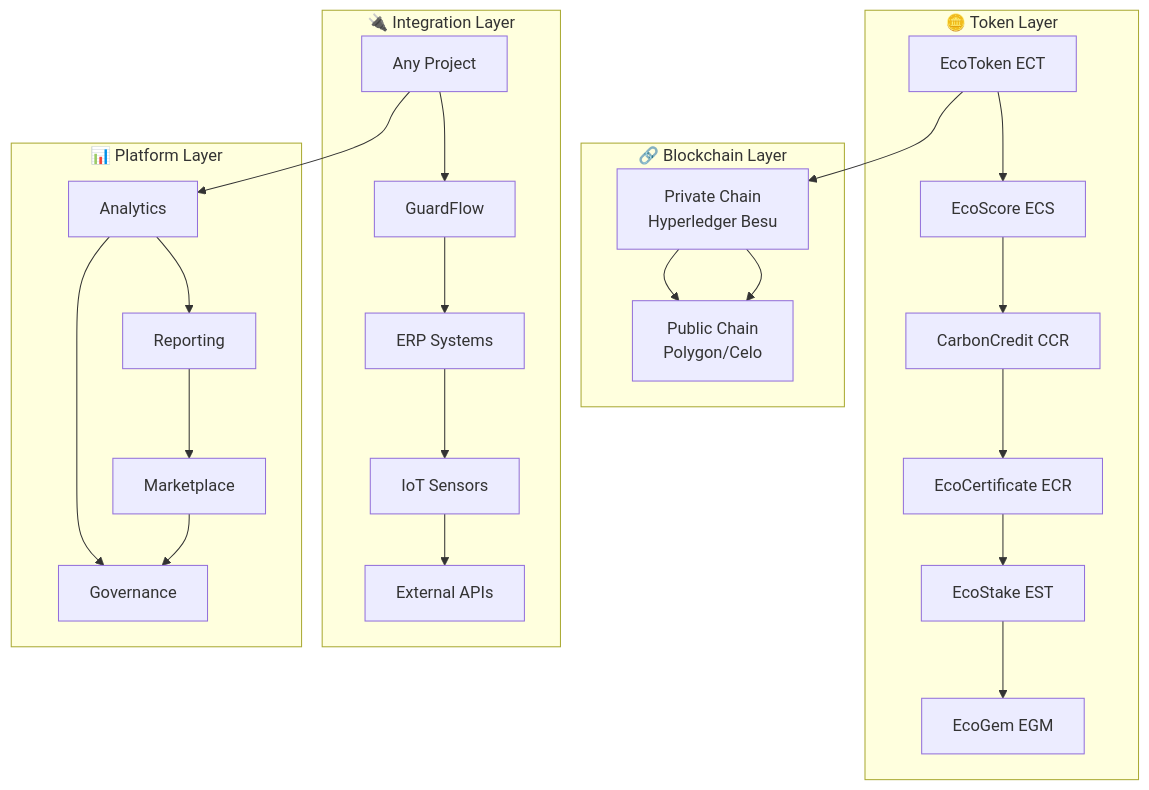
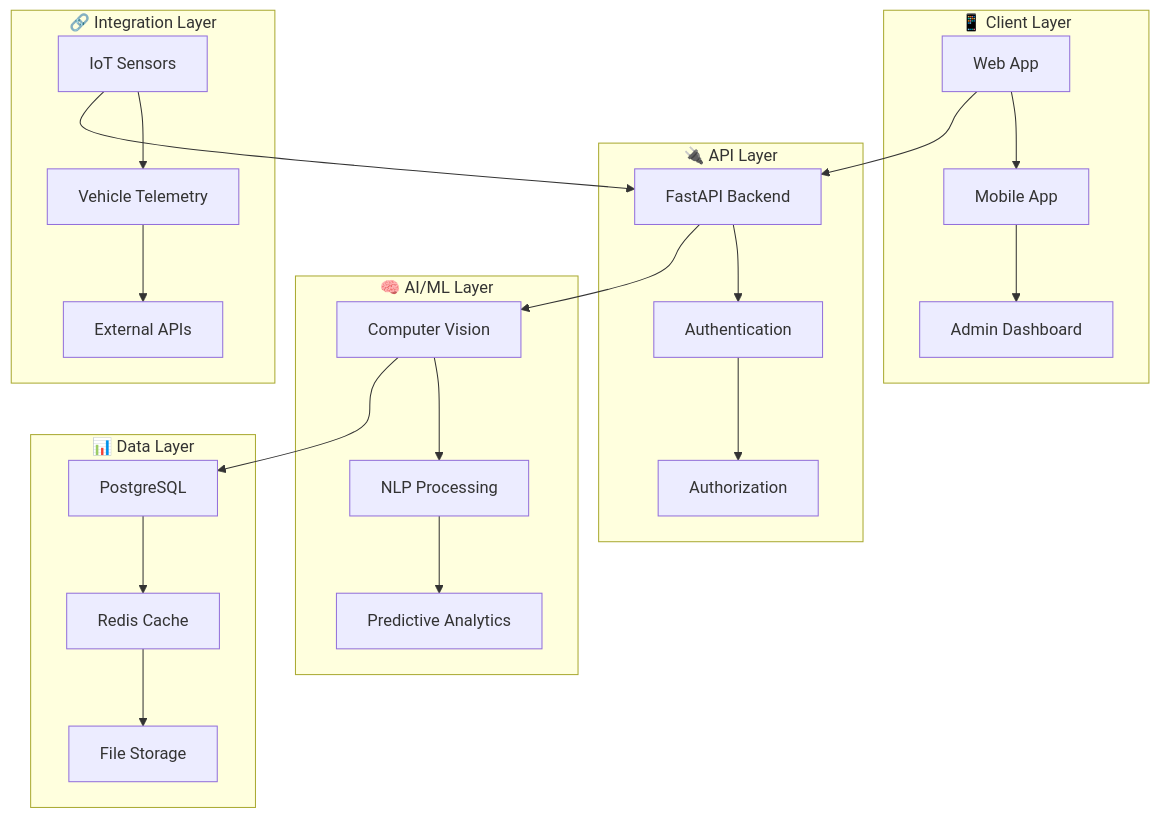
One commit to guardflow-core/guardflow changed the diagram in README.md. Above: the diagram before and after it, drawn with Mermaid. The commit also changed other lines of this file, not shown here.

First line of the commit message:
🛡️ Fix GuardFlow README - Restore correct content

````diff
--- a/README.md
+++ b/README.md
@@ -33,32 +34,32 @@
 ```mermaid
 graph TB
-    subgraph "🪙 Token Layer"
-        A[EcoToken ECT] --> B[EcoScore ECS]
-        B --> C[CarbonCredit CCR]
-        C --> D[EcoCertificate ECR]
-        D --> E[EcoStake EST]
-        E --> F[EcoGem EGM]
+    subgraph "📱 Client Layer"
+        A[Web App] --> B[Mobile App]
+        B --> C[Admin Dashboard]
     end
     
-    subgraph "🔗 Blockchain Layer"
-        G[Private Chain<br/>Hyperledger Besu] --> H[Public Chain<br/>Polygon/Celo]
+    subgraph "🔌 API Layer"
+        D[FastAPI Backend] --> E[Authentication]
+        E --> F[Authorization]
     end
     
-    subgraph "🔌 Integration Layer"
-        I[Any Project] --> J[GuardFlow]
-        J --> K[ERP Systems]
-        K --> L[IoT Sensors]
-        L --> M[External APIs]
+    subgraph "🧠 AI/ML Layer"
+        G[Computer Vision] --> H[NLP Processing]
+        H --> I[Predictive Analytics]
     end
     
-    subgraph "📊 Platform Layer"
-        N[Analytics] --> O[Reporting]
-        O --> P[Marketplace]
-        P --> Q[Governance]
+    subgraph "📊 Data Layer"
+        J[PostgreSQL] --> K[Redis Cache]
+        K --> L[File Storage]
     end
     
-    A --> G
-    G --> H
-    I --> N
-    N --> Q
+    subgraph "🔗 Integration Layer"
+        M[IoT Sensors] --> N[Vehicle Telemetry]
+        N --> O[External APIs]
+    end
+    
+    A --> D
+    D --> G
+    G --> J
+    M --> D
 ```
````
